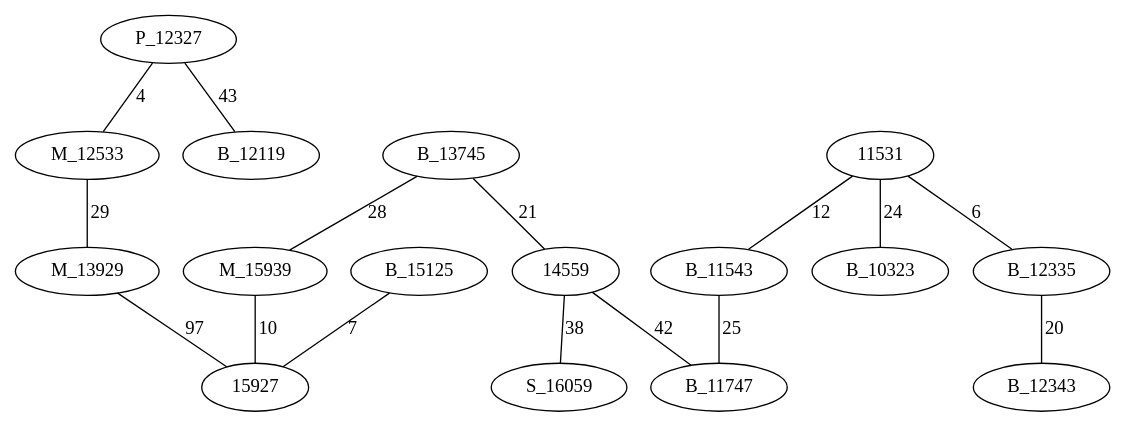
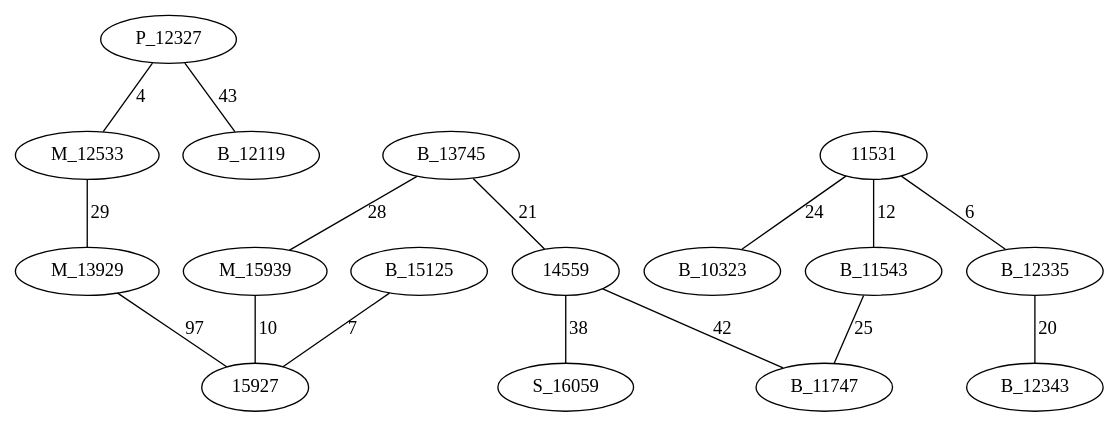
One commit to AsmNoob/Labyrinthe changed the diagram in Graph.dot. Above: the diagram before and after it, drawn with Graphviz. The commit also changed other lines of this file and 2 other files, not shown here.

```diff
--- a/Graph.dot
+++ b/Graph.dot
@@ -1,19 +1,19 @@
 graph chemin {
 
 	P_12327 -- M_12533 [label=4]
 	P_12327 -- B_12119 [label=43]
 	B_13745 -- M_15939 [label=28]
 	B_13745 -- 14559 [label=21]
+	11531 -- B_12335 [label=6]
+	11531 -- B_10323 [label=24]
 	11531 -- B_11543 [label=12]
-	11531 -- B_10323 [label=24]
-	11531 -- B_12335 [label=6]
 	B_12335 -- B_12343 [label=20]
 	B_15125 -- 15927 [label=7]
 	M_12533 -- M_13929 [label=29]
 	M_15939 -- 15927 [label=10]
 	B_11543 -- B_11747 [label=25]
 	M_13929 -- 15927 [label=97]
+	14559 -- B_11747 [label=42]
 	14559 -- S_16059 [label=38]
-	14559 -- B_11747 [label=42]
 
 }
```
